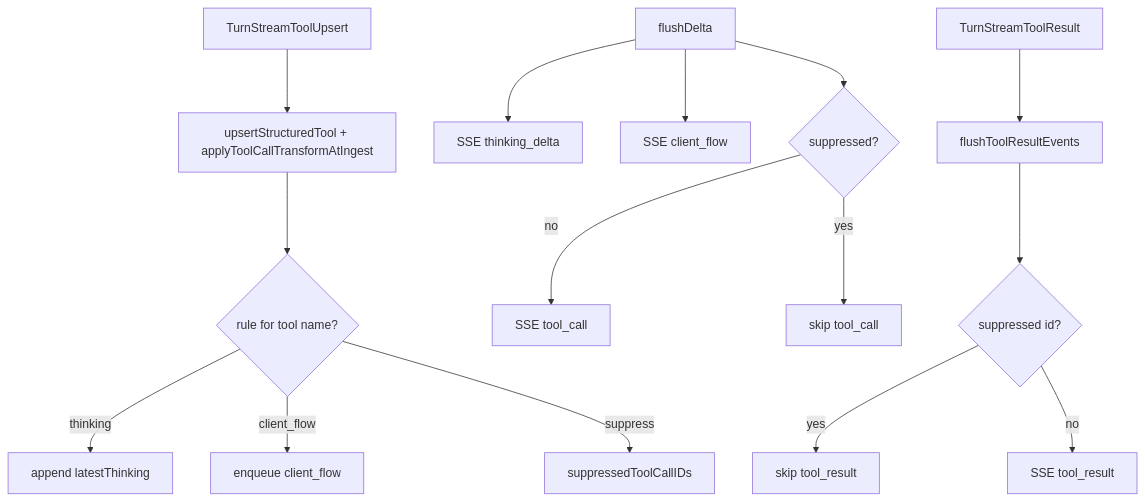
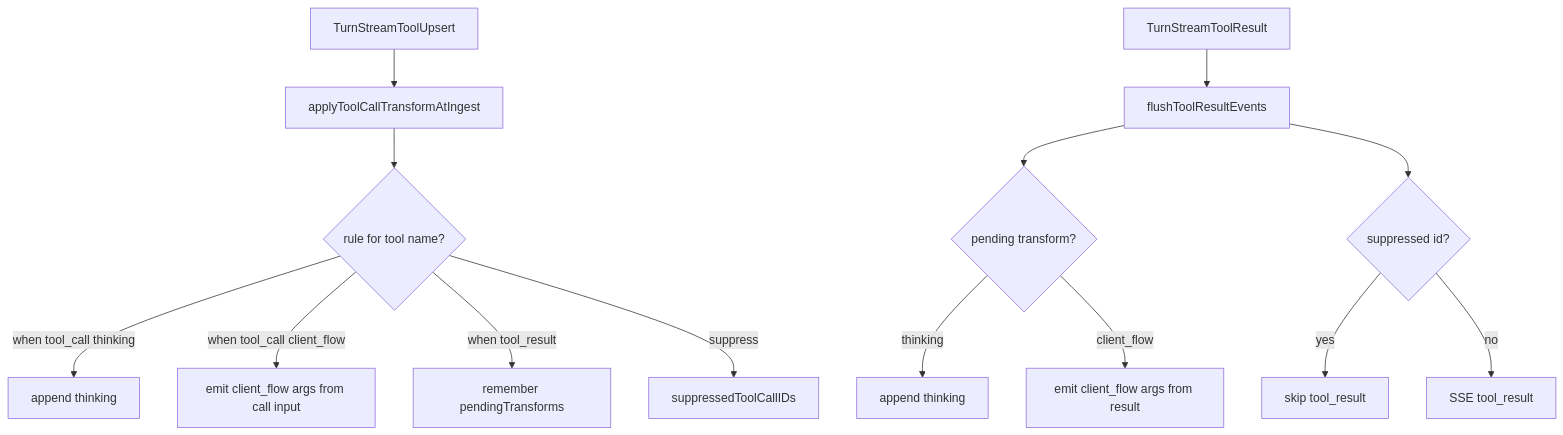
One commit to lengzhao/cc-connect changed the diagram in docs/plans/2026-07-28-chat-api-tool-sse-transform-design.md. Above: the diagram before and after it, drawn with Mermaid. The commit also changed other lines of this file and 5 other files, not shown here.

First line of the commit message:
feat(chat-api): add when/args_from for tool SSE client_flow transforms

````diff
--- a/docs/plans/2026-07-28-chat-api-tool-sse-transform-design.md
+++ b/docs/plans/2026-07-28-chat-api-tool-sse-transform-design.md
@@ -74,17 +112,16 @@
 ```mermaid
 flowchart TD
-  Upsert["TurnStreamToolUpsert"] --> Ingest["upsertStructuredTool + applyToolCallTransformAtIngest"]
+  Upsert["TurnStreamToolUpsert"] --> Ingest["applyToolCallTransformAtIngest"]
   Ingest --> Match{rule for tool name?}
-  Match -->|thinking| Think["append latestThinking"]
-  Match -->|client_flow| Flow["enqueue client_flow"]
+  Match -->|when tool_call thinking| ThinkNow["append thinking"]
+  Match -->|when tool_call client_flow| FlowNow["emit client_flow args from call input"]
+  Match -->|when tool_result| Pending["remember pendingTransforms"]
   Match -->|suppress| Mark["suppressedToolCallIDs"]
-  Flush["flushDelta"] --> ThinkOut["SSE thinking_delta"]
-  Flush --> FlowOut["SSE client_flow"]
-  Flush --> Raw{suppressed?}
-  Raw -->|no| TC["SSE tool_call"]
-  Raw -->|yes| Skip["skip tool_call"]
   Result["TurnStreamToolResult"] --> FlushR["flushToolResultEvents"]
+  FlushR --> PendingX{pending transform?}
+  PendingX -->|thinking| ThinkLater["append thinking"]
+  PendingX -->|client_flow| FlowLater["emit client_flow args from result"]
   FlushR --> Suppressed{suppressed id?}
   Suppressed -->|yes| SkipR["skip tool_result"]
   Suppressed -->|no| RawR["SSE tool_result"]
 ```
````
